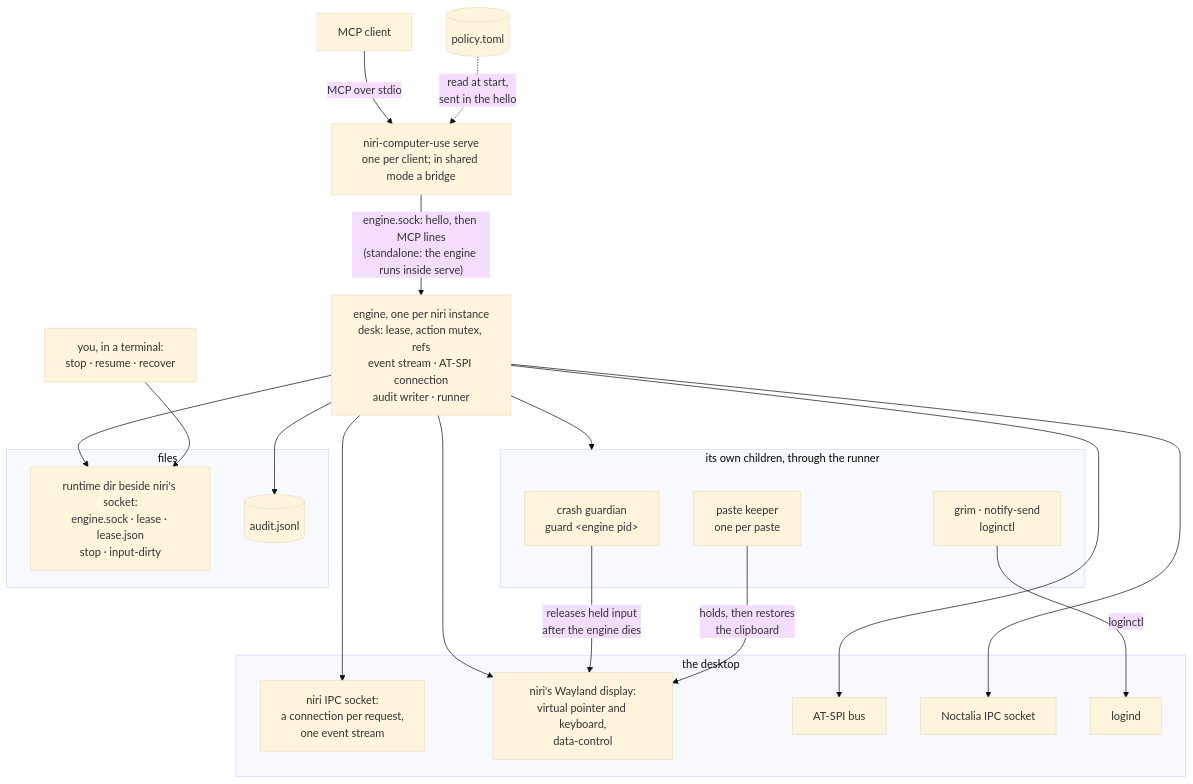
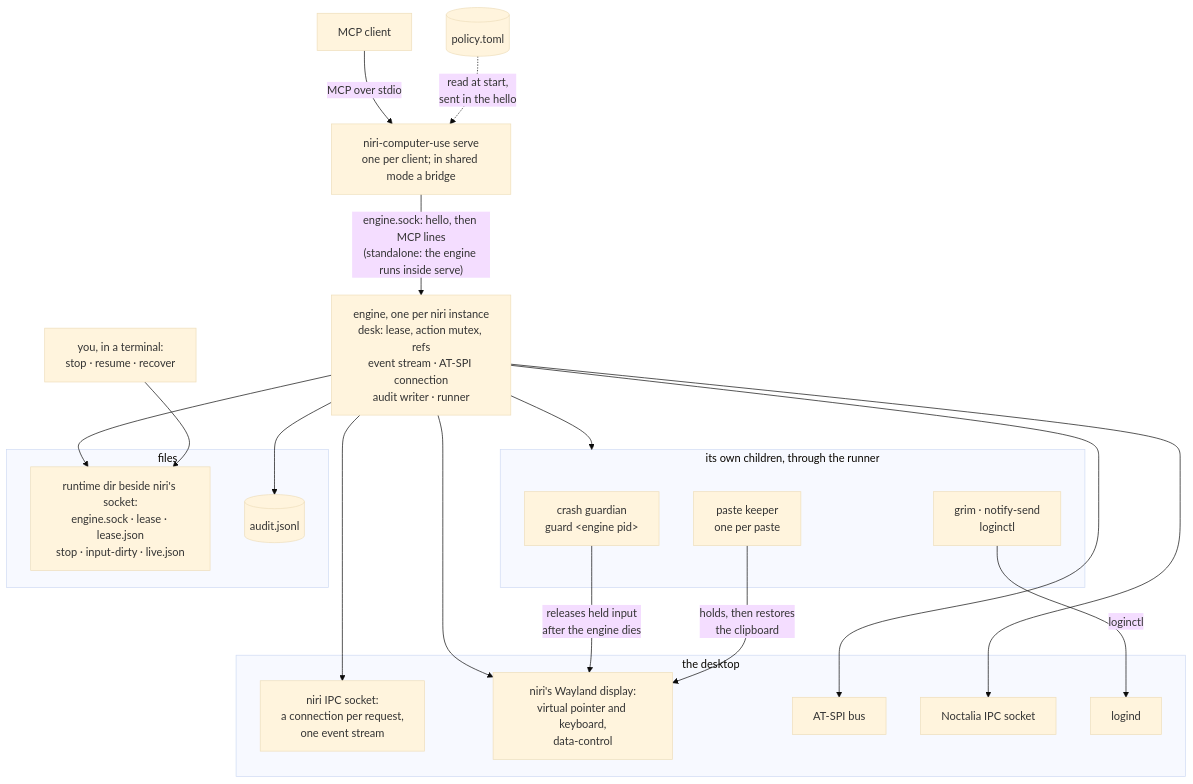
One commit to ayagmar/niri-computer-use changed the first of 4 diagrams in docs/architecture.md. Above: the diagram before and after it, drawn with Mermaid (base theme). The commit also changed other lines of this file and 17 other files, not shown here.

Commit message:
feat(live): write the action in progress to the runtime directory

````diff
--- a/docs/architecture.md
+++ b/docs/architecture.md
@@ -9,43 +9,43 @@
 ```mermaid
 flowchart TB
     client["MCP client"]
     policy[("policy.toml")]
     human["you, in a terminal:<br/>stop · resume · recover"]
     bridge["niri-computer-use serve<br/>one per client; in shared mode a bridge"]
     engine["engine, one per niri instance<br/>desk: lease, action mutex, refs<br/>event stream · AT-SPI connection<br/>audit writer · runner"]
 
     client -- "MCP over stdio" --> bridge
     policy -. "read at start,<br/>sent in the hello" .-> bridge
     bridge -- "engine.sock: hello, then MCP lines<br/>(standalone: the engine runs inside serve)" --> engine
 
     subgraph children["its own children, through the runner"]
         guardian["crash guardian<br/>guard &lt;engine pid&gt;"]
         keeper["paste keeper<br/>one per paste"]
         programs["grim · notify-send<br/>loginctl"]
     end
 
     subgraph desktop["the desktop"]
         ipc["niri IPC socket:<br/>a connection per request,<br/>one event stream"]
         wayland["niri's Wayland display:<br/>virtual pointer and keyboard,<br/>data-control"]
         atspi["AT-SPI bus"]
         noctalia["Noctalia IPC socket"]
         logind["logind"]
     end
 
     subgraph files["files"]
-        runtime["runtime dir beside niri's socket:<br/>engine.sock · lease · lease.json<br/>stop · input-dirty"]
+        runtime["runtime dir beside niri's socket:<br/>engine.sock · lease · lease.json<br/>stop · input-dirty · live.json"]
         audit[("audit.jsonl")]
     end
 
     engine --> children
     engine --> ipc
     engine --> wayland
     engine --> atspi
     engine --> noctalia
     engine --> runtime
     engine --> audit
     guardian -- "releases held input<br/>after the engine dies" --> wayland
     keeper -- "holds, then restores<br/>the clipboard" --> wayland
     programs -- "loginctl" --> logind
     human --> runtime
 ```
````
